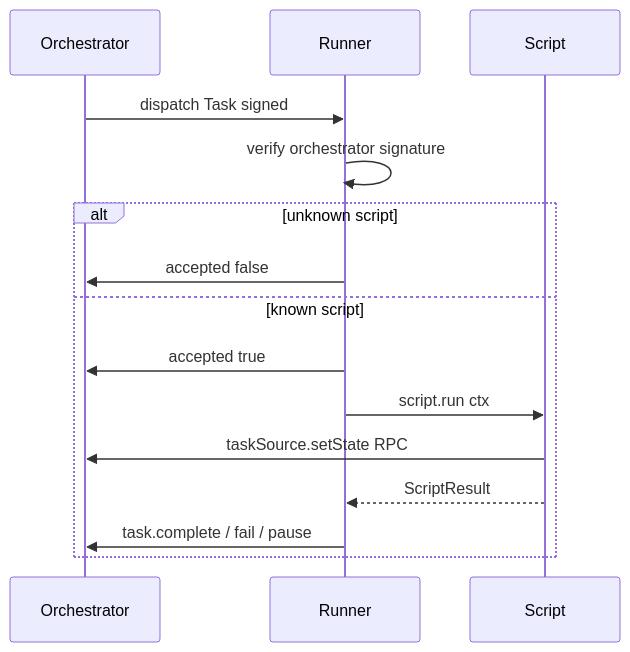
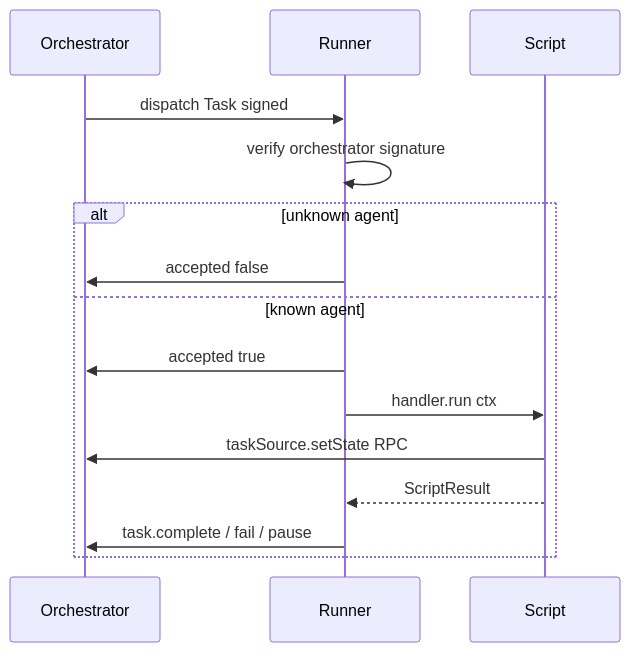
Before and after one commit to devzeebo/bifrost: the diagram in orchestrator-v2/docs/runner.md, drawn with Mermaid. The commit also changed other lines of this file and 19 other files, not shown here.

````diff
--- a/orchestrator-v2/docs/runner.md
+++ b/orchestrator-v2/docs/runner.md
@@ -84,18 +97,18 @@
 ```mermaid
 sequenceDiagram
   participant O as Orchestrator
   participant R as Runner
   participant S as Script
 
   O->>R: dispatch Task signed
   R->>R: verify orchestrator signature
-  alt unknown script
+  alt unknown agent
     R->>O: accepted false
-  else known script
+  else known agent
     R->>O: accepted true
-    R->>S: script.run ctx
+    R->>S: handler.run ctx
     S->>O: taskSource.setState RPC
     S-->>R: ScriptResult
     R->>O: task.complete / fail / pause
   end
 ```
````
